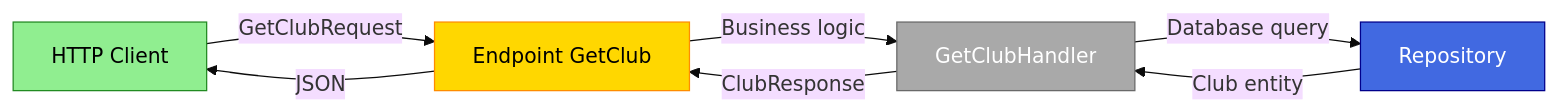
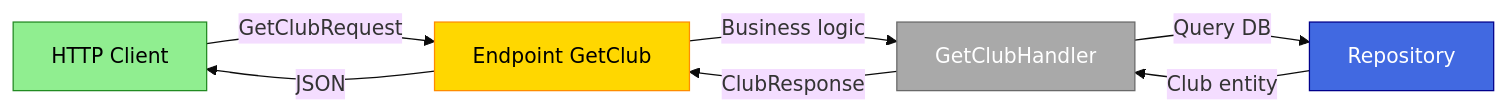
The second of 2 diagrams in src/SwimTracker.Api.REPR/ARTICLE_REPR_ENG.md (alexicaballero/swim-tracker), drawn with Mermaid (base theme) before and after one commit. The commit also changed other lines of this file and 10 other files, not shown here.

````diff
--- a/src/SwimTracker.Api.REPR/ARTICLE_REPR_ENG.md
+++ b/src/SwimTracker.Api.REPR/ARTICLE_REPR_ENG.md
@@ -444,14 +430,14 @@
 ```mermaid
 graph LR
     A["HTTP Client"] -->|"GetClubRequest"| B["Endpoint GetClub"]
     B -->|"Business logic"| C["GetClubHandler"]
-    C -->|"Database query"| D["Repository"]
+    C -->|"Query DB"| D["Repository"]
     D -->|"Club entity"| C
     C -->|"ClubResponse"| B
     B -->|"JSON"| A
     
     style A fill:#90EE90,stroke:#228B22,color:#000
     style B fill:#FFD700,stroke:#FF8C00,color:#000
     style C fill:#A9A9A9,stroke:#696969,color:#fff
     style D fill:#4169E1,stroke:#00008B,color:#fff
 ```
````
